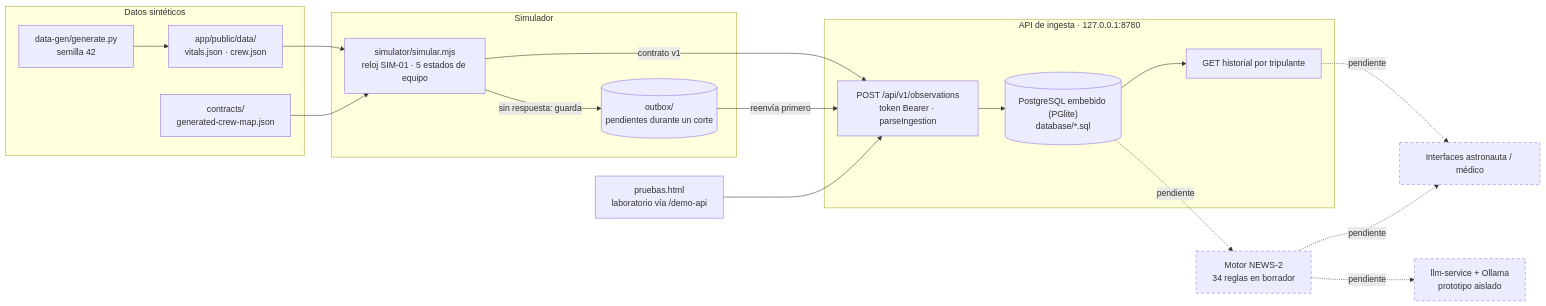
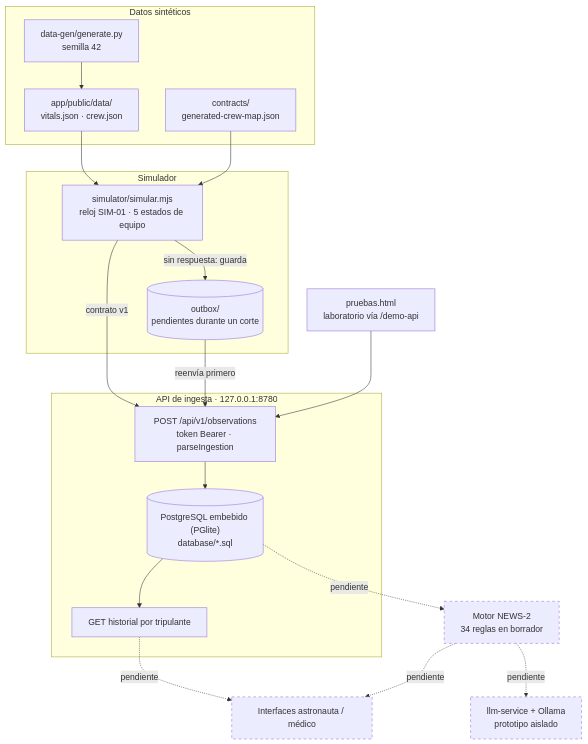
One commit to alexandersoliscama-coder/KAWSAY changed the diagram in README.md. Above: the diagram before and after it, drawn with Mermaid.

Commit message:
docs: diagrama de arquitectura vertical para que se vea completo

````diff
--- a/README.md
+++ b/README.md
@@ -31,38 +31,38 @@
 ```mermaid
-flowchart LR
+flowchart TB
   subgraph Datos["Datos sintéticos"]
     GEN["data-gen/generate.py<br/>semilla 42"] --> VIT["app/public/data/<br/>vitals.json · crew.json"]
     MAP["contracts/<br/>generated-crew-map.json"]
   end
 
   subgraph Sim["Simulador"]
     SIM["simulator/simular.mjs<br/>reloj SIM-01 · 5 estados de equipo"]
     OUT[("outbox/<br/>pendientes durante un corte")]
   end
 
   subgraph API["API de ingesta · 127.0.0.1:8780"]
     REC["POST /api/v1/observations<br/>token Bearer · parseIngestion"]
     DB[("PostgreSQL embebido (PGlite)<br/>database/*.sql")]
     HIS["GET historial por tripulante"]
   end
 
   VIT --> SIM
   MAP --> SIM
   SIM -- "contrato v1" --> REC
   SIM -- "sin respuesta: guarda" --> OUT
   OUT -- "reenvía primero" --> REC
   REC --> DB --> HIS
   LAB["pruebas.html<br/>laboratorio vía /demo-api"] --> REC
 
   NEWS["Motor NEWS-2<br/>34 reglas en borrador"]
   UI["Interfaces astronauta / médico"]
   LLM["llm-service + Ollama<br/>prototipo aislado"]
 
   DB -. pendiente .-> NEWS
   NEWS -. pendiente .-> UI
   HIS -. pendiente .-> UI
   NEWS -. pendiente .-> LLM
 
   classDef pend stroke-dasharray: 5 5
   class NEWS,UI,LLM pend
 ```
````
